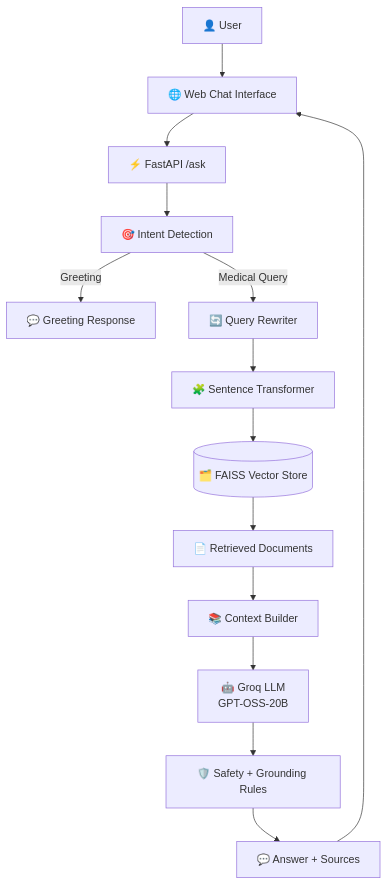
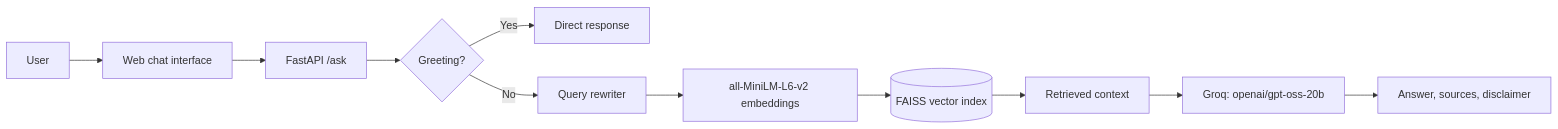
One commit to raw9k/MediRAG changed the diagram in README.md. Above: the diagram before and after it, drawn with Mermaid. The commit also changed other lines of this file, not shown here.

Commit message:
update README for clarity and improved structure, enhance overview and architecture sections

````diff
--- a/README.md
+++ b/README.md
@@ -122,23 +27,13 @@
-``` mermaid
-flowchart TD
-    U[👤 User] --> UI[🌐 Web Chat Interface]
-
-    UI --> API[⚡ FastAPI /ask]
-
-    API --> INTENT[🎯 Intent Detection]
-    INTENT -->|Greeting| GREET[💬 Greeting Response]
-    INTENT -->|Medical Query| REWRITE[🔄 Query Rewriter]
-
-    REWRITE --> EMB[🧩 Sentence Transformer]
-    EMB --> FAISS[(🗂️ FAISS Vector Store)]
-
-    FAISS --> RET[📄 Retrieved Documents]
-    RET --> CTX[📚 Context Builder]
-
-    CTX --> LLM[🤖 Groq LLM<br/>GPT-OSS-20B]
-
-    LLM --> SAFE[🛡️ Safety + Grounding Rules]
-    SAFE --> RESP[💬 Answer + Sources]
-
-    RESP --> UI
+```mermaid
+flowchart LR
+    U[User] --> UI[Web chat interface]
+    UI --> API[FastAPI /ask]
+    API --> I{Greeting?}
+    I -->|Yes| G[Direct response]
+    I -->|No| Q[Query rewriter]
+    Q --> E[all-MiniLM-L6-v2 embeddings]
+    E --> F[(FAISS vector index)]
+    F --> C[Retrieved context]
+    C --> L[Groq: openai/gpt-oss-20b]
+    L --> R[Answer, sources, disclaimer]
 ```
````
